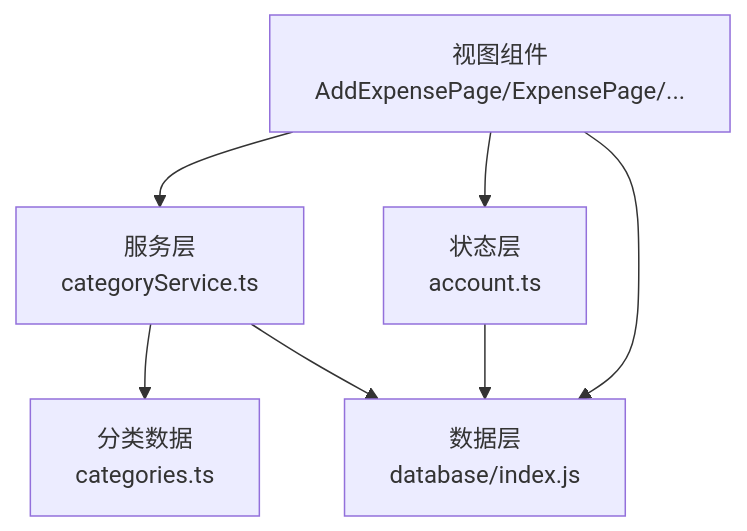
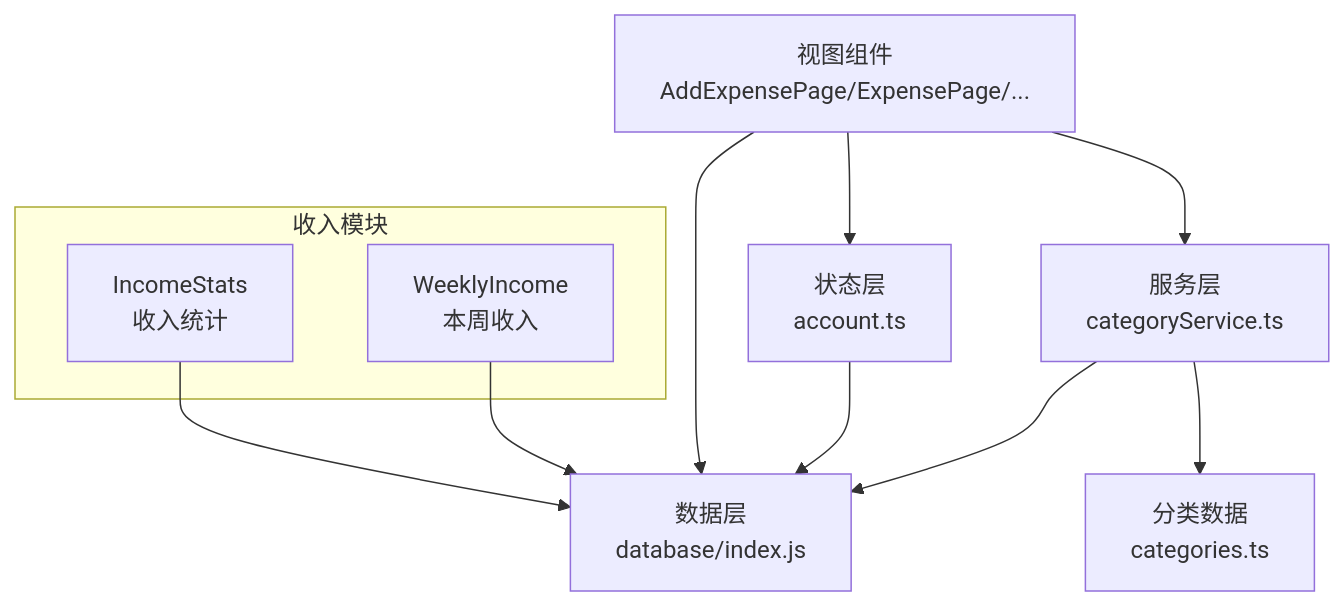
Before and after one commit to xiao-lin-unit/yuan: the second of 10 diagrams in .qoder/repowiki/zh/content/支出管理/支出管理.md, drawn with Mermaid. The commit also changed other lines of this file and 62 other files, not shown here.

````diff
--- a/.qoder/repowiki/zh/content/支出管理/支出管理.md
+++ b/.qoder/repowiki/zh/content/支出管理/支出管理.md
@@ -141,14 +135,20 @@
 ```mermaid
 graph TB
 UI["视图组件<br/>AddExpensePage/ExpensePage/..."]
 SVC["服务层<br/>categoryService.ts"]
 STORE["状态层<br/>account.ts"]
 DB["数据层<br/>database/index.js"]
 CAT["分类数据<br/>categories.ts"]
+subgraph "收入模块"
+IS["IncomeStats<br/>收入统计"]
+WI["WeeklyIncome<br/>本周收入"]
+end
 UI --> SVC
 UI --> STORE
 UI --> DB
 SVC --> CAT
 SVC --> DB
 STORE --> DB
+IS --> DB
+WI --> DB
 ```
````
